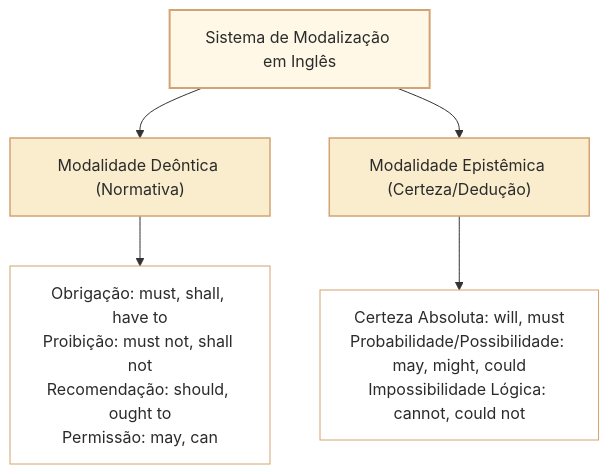
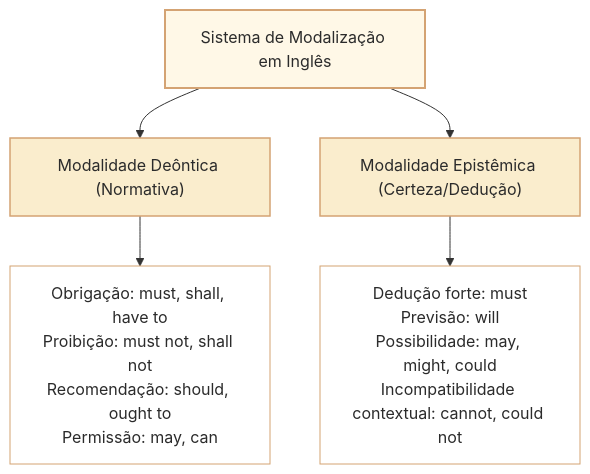
Before and after one commit to leorruas/concursos: the diagram in 3 - Materias/Ingles/15 - modalizacao possibilidade obrigacao deducao e conselho em ingles.md, drawn with Mermaid. The commit also changed other lines of this file, not shown here.

Commit message:
fix(ingles): remover universalizações e corrigir diagrama modal

````diff
--- a/3 - Materias/Ingles/15 - modalizacao possibilidade obrigacao deducao e conselho em ingles.md
+++ b/3 - Materias/Ingles/15 - modalizacao possibilidade obrigacao deducao e conselho em ingles.md
@@ -30,12 +30,12 @@
 ```mermaid
 graph TD
     classDef raiz fill:#fff8e7,stroke:#d4a373,stroke-width:2px,color:#2b2b2b;
     classDef criterio fill:#faedcd,stroke:#d4a373,stroke-width:1.5px,color:#2b2b2b;
     classDef opcao fill:#ffffff,stroke:#d4a373,stroke-width:1px,color:#2b2b2b;
 
     R["Sistema de Modalização em Inglês"]:::raiz --> C1["Modalidade Deôntica (Normativa)"]:::criterio
     R --> C2["Modalidade Epistêmica (Certeza/Dedução)"]:::criterio
 
     C1 --> O1["Obrigação: must, shall, have to<br/>Proibição: must not, shall not<br/>Recomendação: should, ought to<br/>Permissão: may, can"]:::opcao
-    C2 --> O2["Certeza Absoluta: will, must<br/>Probabilidade/Possibilidade: may, might, could<br/>Impossibilidade Lógica: cannot, could not"]:::opcao
+    C2 --> O2["Dedução forte: must<br/>Previsão: will<br/>Possibilidade: may, might, could<br/>Incompatibilidade contextual: cannot, could not"]:::opcao
 ```
````
